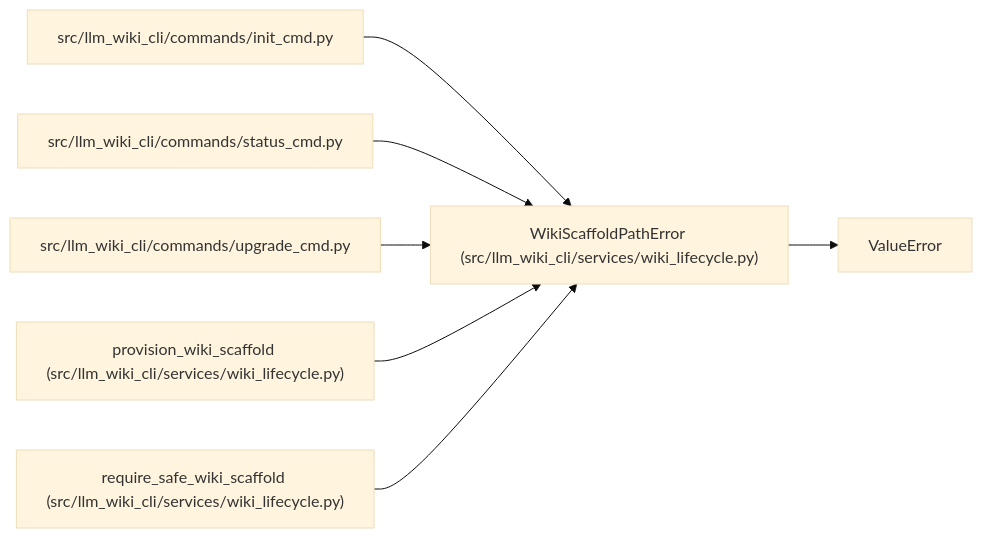
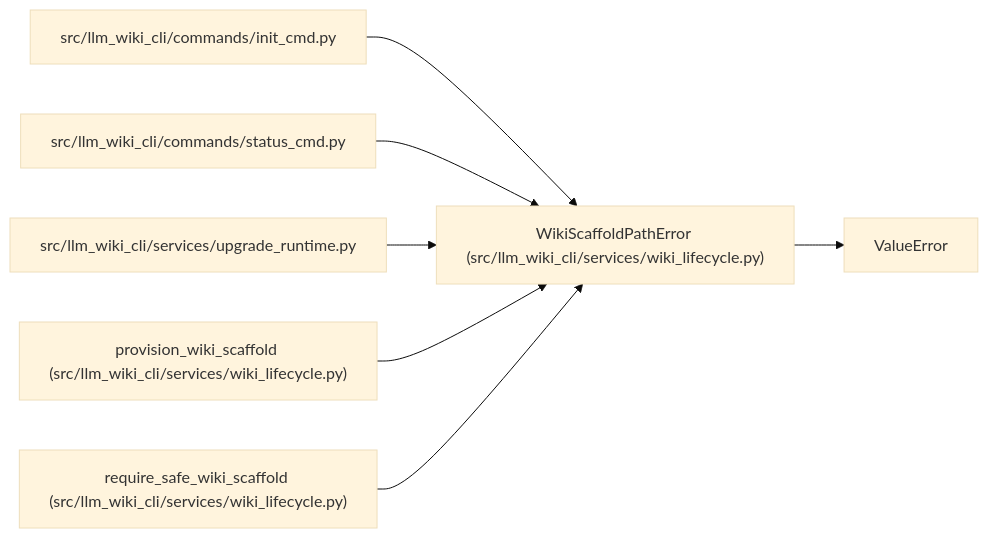
One commit to Denissvgn/python-wiki-llm changed the diagram in docs/llm_wiki/entities/WikiScaffoldPathError.md. Above: the diagram before and after it, drawn with Mermaid (base theme). The commit also changed other lines of this file and 1555 other files, not shown here.

````diff
--- a/docs/llm_wiki/entities/WikiScaffoldPathError.md
+++ b/docs/llm_wiki/entities/WikiScaffoldPathError.md
@@ -23,22 +23,22 @@
 ```mermaid
 flowchart LR
     n0["WikiScaffoldPathError (src/llm_wiki_cli/services/wiki_lifecycle.py)"]
     n1["ValueError"]
     n2["src/llm_wiki_cli/commands/init_cmd.py"]
     n3["src/llm_wiki_cli/commands/status_cmd.py"]
-    n4["src/llm_wiki_cli/commands/upgrade_cmd.py"]
+    n4["src/llm_wiki_cli/services/upgrade_runtime.py"]
     n5["provision_wiki_scaffold (src/llm_wiki_cli/services/wiki_lifecycle.py)"]
     n6["require_safe_wiki_scaffold (src/llm_wiki_cli/services/wiki_lifecycle.py)"]
     n0 --> n1
     n2 --> n0
     n3 --> n0
     n4 --> n0
     n5 --> n0
     n6 --> n0
     click n0 "../modules/wiki_lifecycle.md"
     click n2 "../modules/init_cmd.md"
     click n3 "../modules/status_cmd.md"
-    click n4 "../modules/upgrade_cmd.md"
+    click n4 "../modules/upgrade_runtime.md"
     click n5 "../modules/wiki_lifecycle.md"
     click n6 "../modules/wiki_lifecycle.md"
 ```
````
